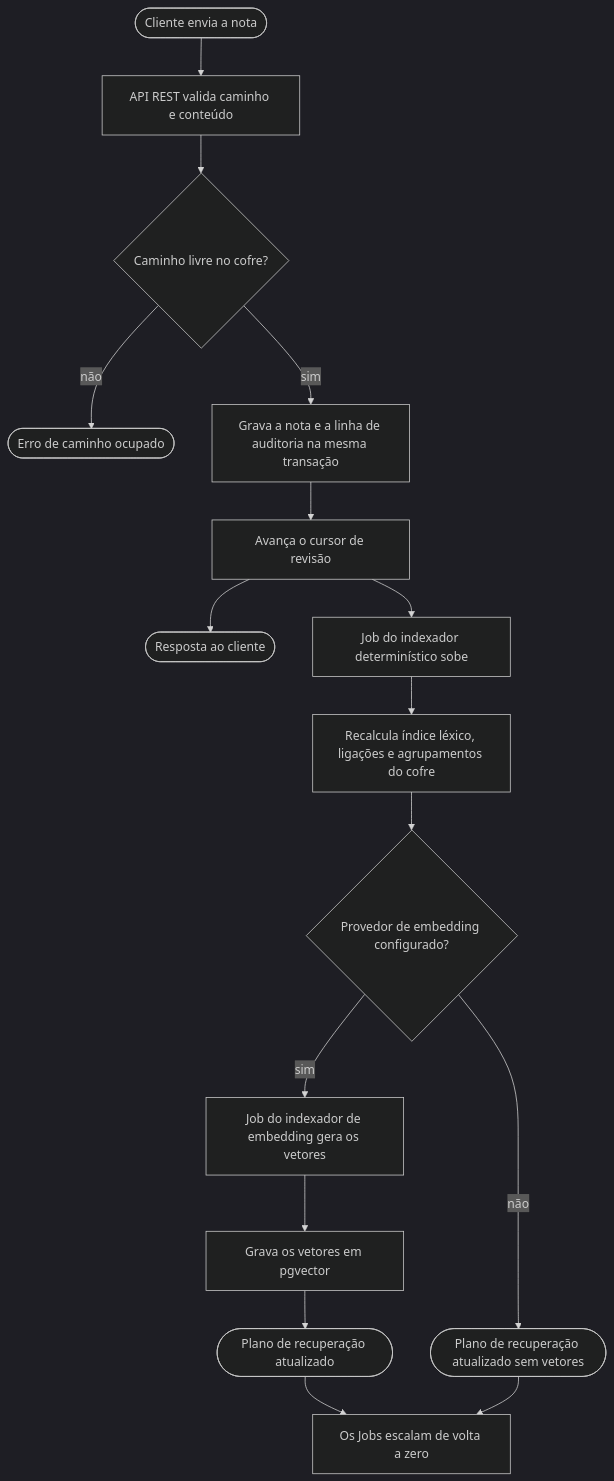
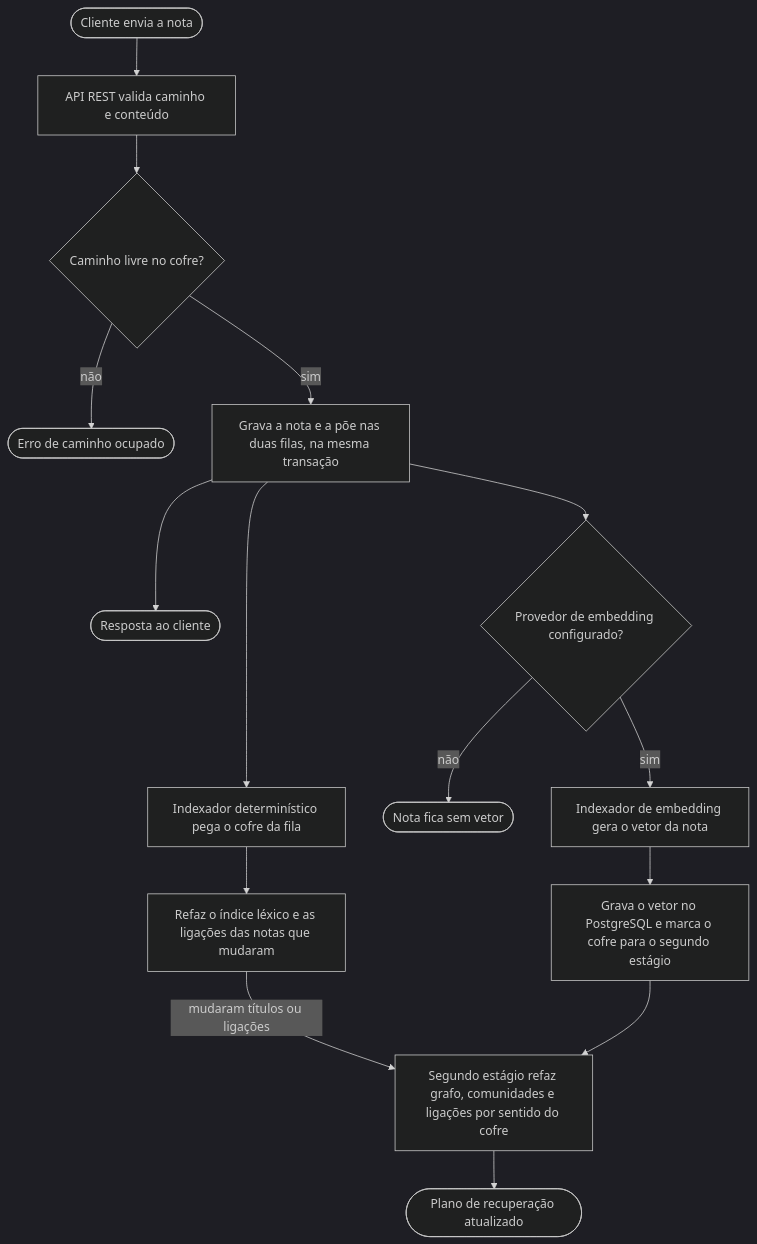
The first of 4 diagrams in docs/fluxogramas.md (markupp-labs/markupp), drawn with Mermaid (dark theme) before and after one commit. The commit also changed other lines of this file and 5 other files, not shown here.

````diff
--- a/docs/fluxogramas.md
+++ b/docs/fluxogramas.md
@@ -10,18 +10,17 @@
 ```mermaid
 flowchart TD
   A(["Cliente envia a nota"]) --> B["API REST valida caminho e conteúdo"]
   B --> C{"Caminho livre no cofre?"}
   C -- não --> D(["Erro de caminho ocupado"])
-  C -- sim --> E["Grava a nota e a linha de auditoria na mesma transação"]
-  E --> F["Avança o cursor de revisão"]
-  F --> G(["Resposta ao cliente"])
-  F --> H["Job do indexador determinístico sobe"]
-  H --> I["Recalcula índice léxico, ligações e agrupamentos do cofre"]
-  I --> J{"Provedor de embedding configurado?"}
-  J -- não --> K(["Plano de recuperação atualizado sem vetores"])
-  J -- sim --> L["Job do indexador de embedding gera os vetores"]
-  L --> M["Grava os vetores em pgvector"]
-  M --> N(["Plano de recuperação atualizado"])
-  N --> O["Os Jobs escalam de volta a zero"]
-  K --> O
+  C -- sim --> E["Grava a nota e a põe nas duas filas, na mesma transação"]
+  E --> G(["Resposta ao cliente"])
+  E --> H["Indexador determinístico pega o cofre da fila"]
+  H --> I["Refaz o índice léxico e as ligações das notas que mudaram"]
+  I -- "mudaram títulos ou ligações" --> P["Segundo estágio refaz grafo, comunidades e ligações por sentido do cofre"]
+  E --> J{"Provedor de embedding configurado?"}
+  J -- não --> K(["Nota fica sem vetor"])
+  J -- sim --> L["Indexador de embedding gera o vetor da nota"]
+  L --> M["Grava o vetor no PostgreSQL e marca o cofre para o segundo estágio"]
+  M --> P
+  P --> N(["Plano de recuperação atualizado"])
 ```
````
